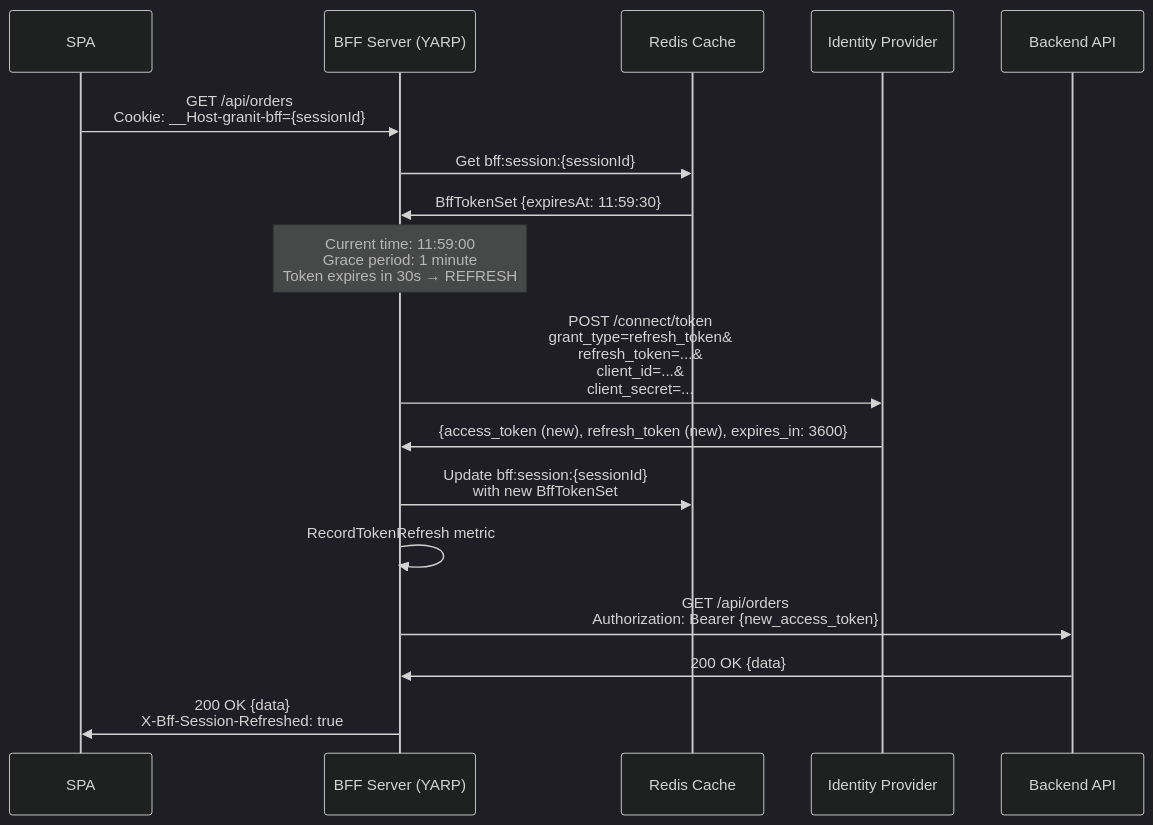
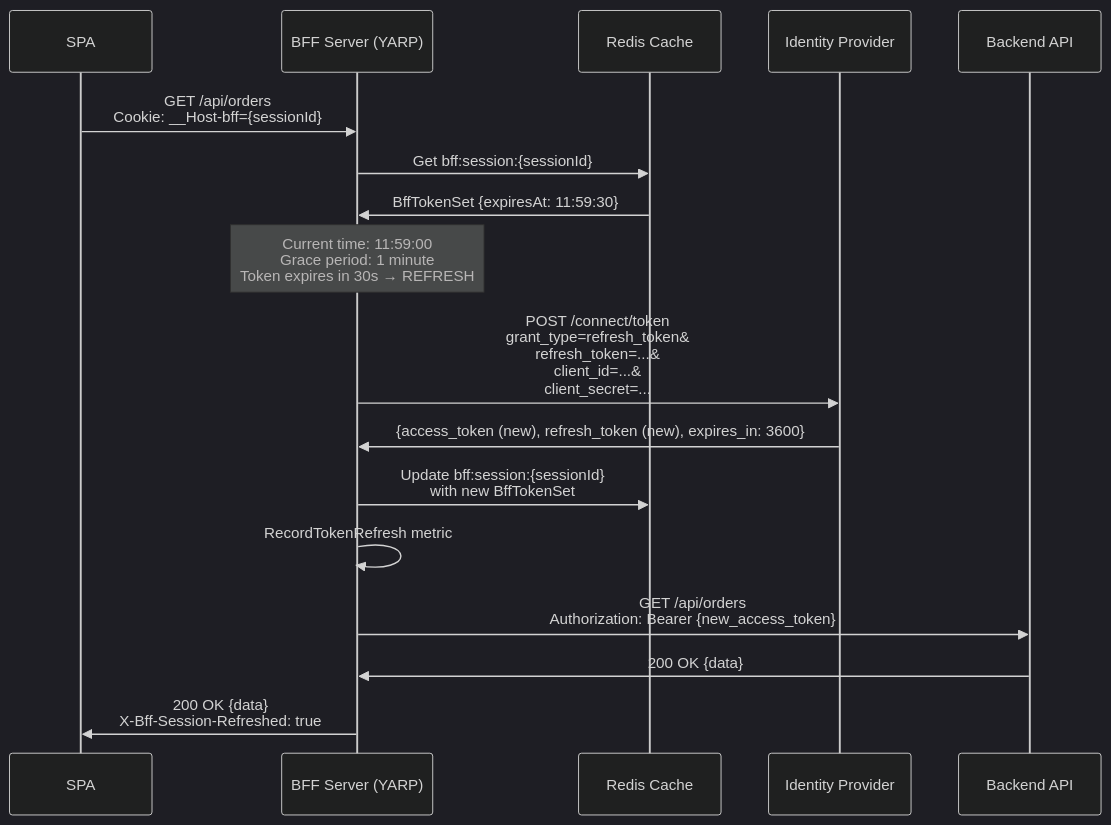
Before and after one commit to granit-fx/granit-dotnet: the fourth of 7 diagrams in docs-site/src/content/docs/dotnet/security/bff/architecture.mdx, drawn with Mermaid (dark theme). The commit also changed other lines of this file and 12 other files, not shown here.

Commit message:
chore: include pending local changes (BFF options, docs, cookie contrib)

````diff
--- a/docs-site/src/content/docs/dotnet/security/bff/architecture.mdx
+++ b/docs-site/src/content/docs/dotnet/security/bff/architecture.mdx
@@ -184,28 +184,28 @@
 ```mermaid
 sequenceDiagram
     participant SPA as SPA
     participant BFF as BFF Server (YARP)
     participant Cache as Redis Cache
     participant IdP as Identity Provider
     participant API as Backend API
 
-    SPA->>BFF: GET /api/orders<br/>Cookie: __Host-granit-bff={sessionId}
+    SPA->>BFF: GET /api/orders<br/>Cookie: __Host-bff={sessionId}
 
     BFF->>Cache: Get bff:session:{sessionId}
     Cache->>BFF: BffTokenSet {expiresAt: 11:59:30}
 
     Note over BFF: Current time: 11:59:00<br/>Grace period: 1 minute<br/>Token expires in 30s → REFRESH
 
     BFF->>IdP: POST /connect/token<br/>grant_type=refresh_token&<br/>refresh_token=...&<br/>client_id=...&<br/>client_secret=...
 
     IdP->>BFF: {access_token (new), refresh_token (new), expires_in: 3600}
 
     BFF->>Cache: Update bff:session:{sessionId}<br/>with new BffTokenSet
 
     BFF->>BFF: RecordTokenRefresh metric
 
     BFF->>API: GET /api/orders<br/>Authorization: Bearer {new_access_token}
     API->>BFF: 200 OK {data}
 
     BFF->>SPA: 200 OK {data}<br/>X-Bff-Session-Refreshed: true
 ```
````
